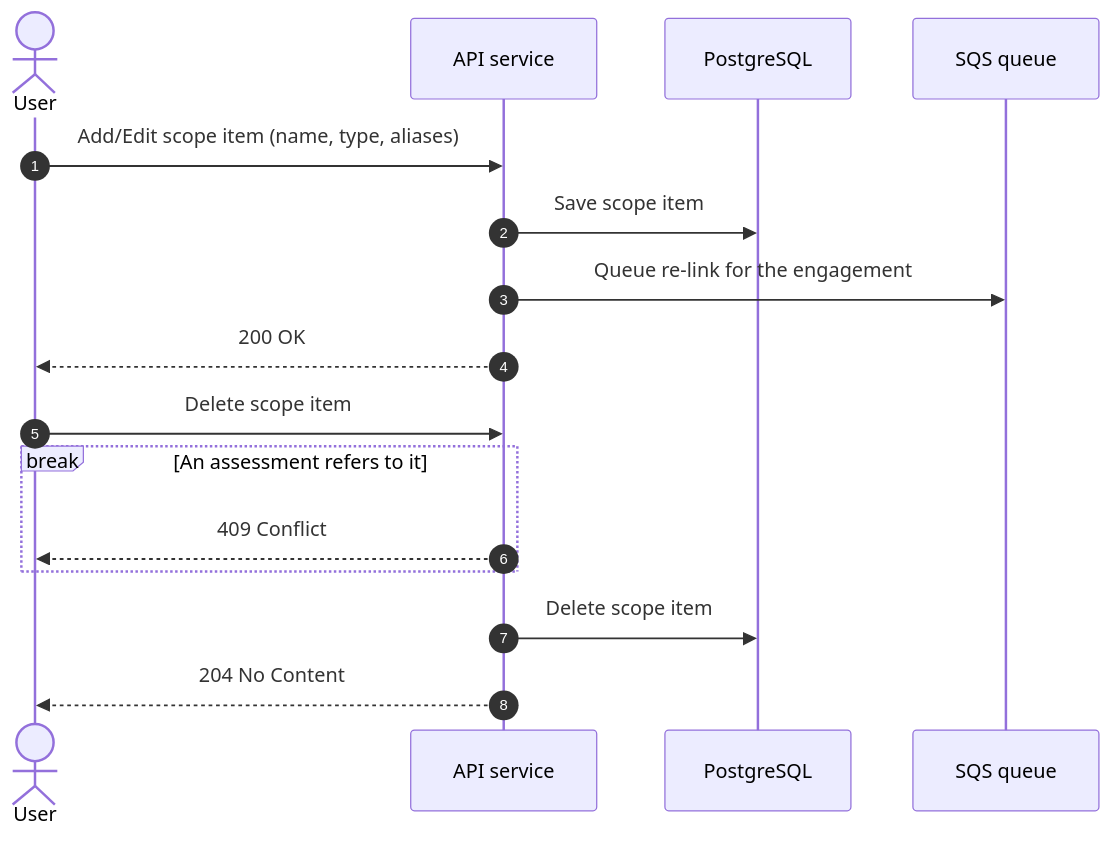
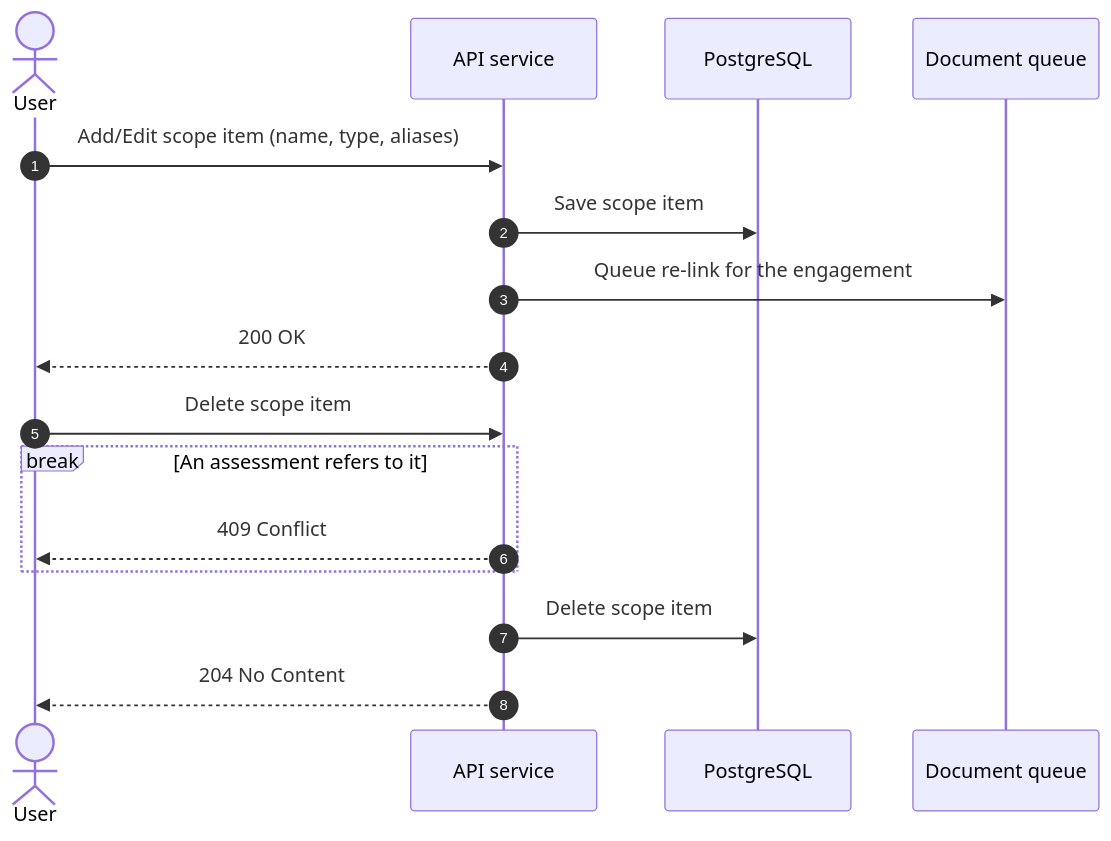
Diagram 18 of 26 in README.md (DavidRHannah/compliance), drawn with Mermaid before and after one commit. The commit also changed other lines of this file and 1 other file, not shown here.

Commit message:
System context diagram & small sequence diagram updates.

````diff
--- a/README.md
+++ b/README.md
@@ -410,18 +410,18 @@
 ```mermaid
 sequenceDiagram
         autonumber
         actor u as User
         participant api as API service
         participant db as PostgreSQL
-        participant qu as SQS queue
+        participant qu as Document queue
         u->>api: Add/Edit scope item (name, type, aliases)
         api->>db: Save scope item
         api->>qu: Queue re-link for the engagement
         api-->>u: 200 OK
         u->>api: Delete scope item
         break An assessment refers to it
             api-->>u: 409 Conflict
         end
         api->>db: Delete scope item
         api-->>u: 204 No Content
 ```
````
